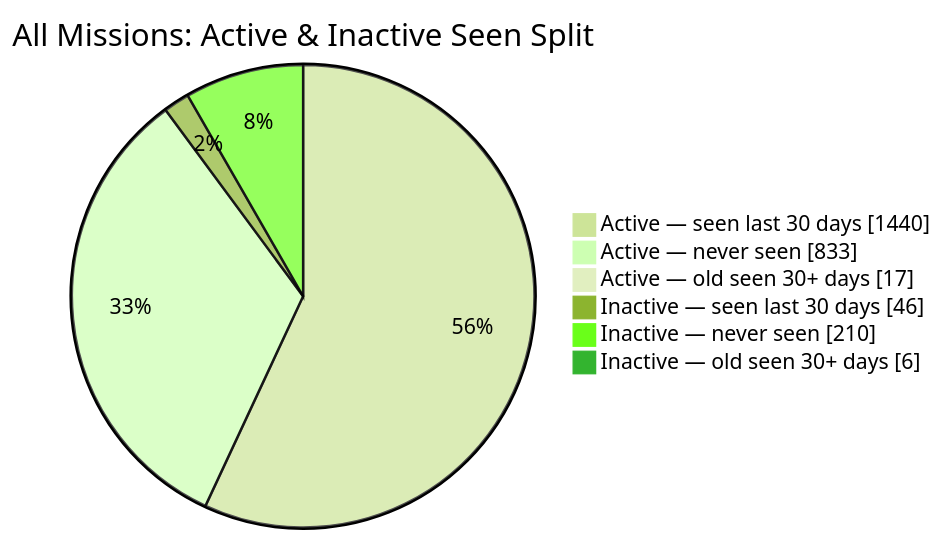
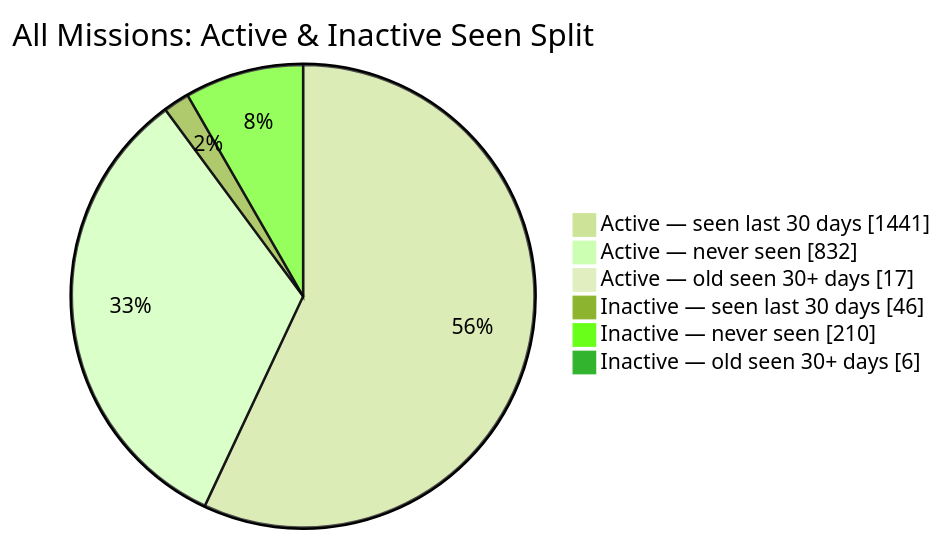
Before and after one commit to MeldkamerspelGameTeam/active-missions: the second of 2 diagrams in README.md, drawn with Mermaid (forest theme). The commit also changed other lines of this file and 2 other files, not shown here.

````diff
--- a/README.md
+++ b/README.md
@@ -44,10 +44,10 @@
 ```mermaid
 pie showData
     title All Missions: Active & Inactive Seen Split
-    "Active — seen last 30 days" : 1440
-    "Active — never seen" : 833
+    "Active — seen last 30 days" : 1441
+    "Active — never seen" : 832
     "Active — old seen 30+ days" : 17
     "Inactive — seen last 30 days" : 46
     "Inactive — never seen" : 210
     "Inactive — old seen 30+ days" : 6
 ```
````
